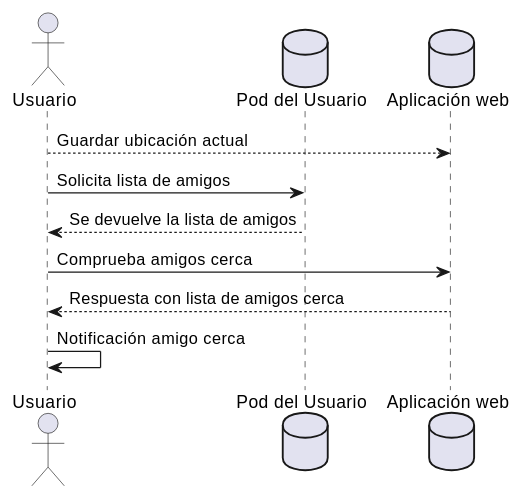
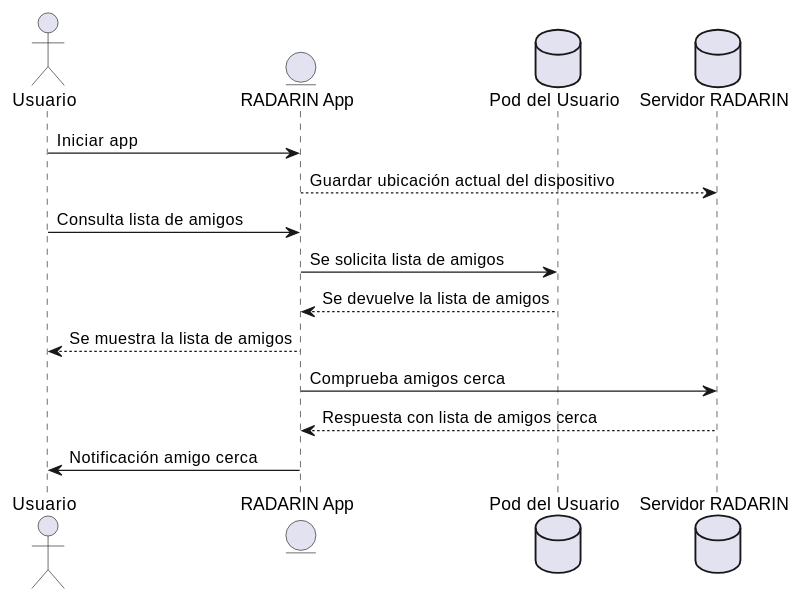
One commit to Arquisoft/radarin_es6a changed the second of 2 diagrams in webapp/docs/06_runtime_view.adoc. Above: the diagram before and after it, drawn with PlantUML. The commit also changed other lines of this file, not shown here.

Commit message:
Corrección del punto 6 de la documentación tras la revisión

```diff
--- a/webapp/docs/06_runtime_view.adoc
+++ b/webapp/docs/06_runtime_view.adoc
@@ -30,12 +34,16 @@
 [plantuml,"Sequence diagram 2",png]
 ----
 actor Usuario
+entity App as "RADARIN App"
 database Pod as "Pod del Usuario"
-database Server as "Aplicación web"
-Usuario --> Server: Guardar ubicación actual
-Usuario -> Pod: Solicita lista de amigos
-Pod --> Usuario: Se devuelve la lista de amigos
-Usuario -> Server: Comprueba amigos cerca
-Server --> Usuario: Respuesta con lista de amigos cerca
-Usuario -> Usuario: Notificación amigo cerca
+database Server as "Servidor RADARIN"
+Usuario -> App: Iniciar app
+App --> Server: Guardar ubicación actual del dispositivo
+Usuario -> App: Consulta lista de amigos
+App -> Pod: Se solicita lista de amigos
+Pod --> App: Se devuelve la lista de amigos
+App --> Usuario: Se muestra la lista de amigos
+App -> Server: Comprueba amigos cerca
+Server --> App: Respuesta con lista de amigos cerca
+App -> Usuario: Notificación amigo cerca
 ----
```
